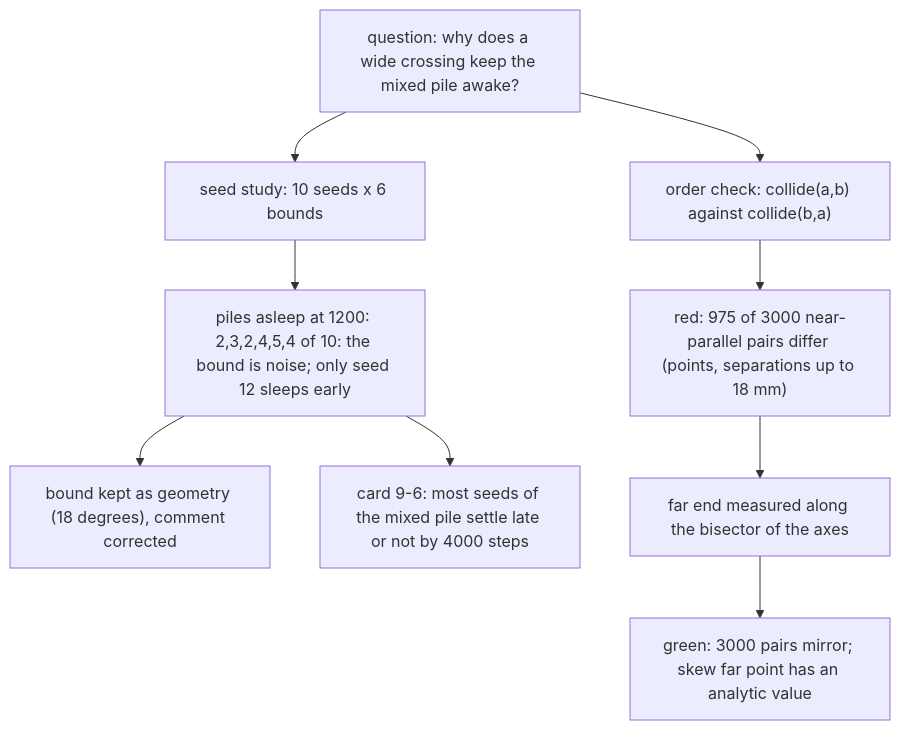
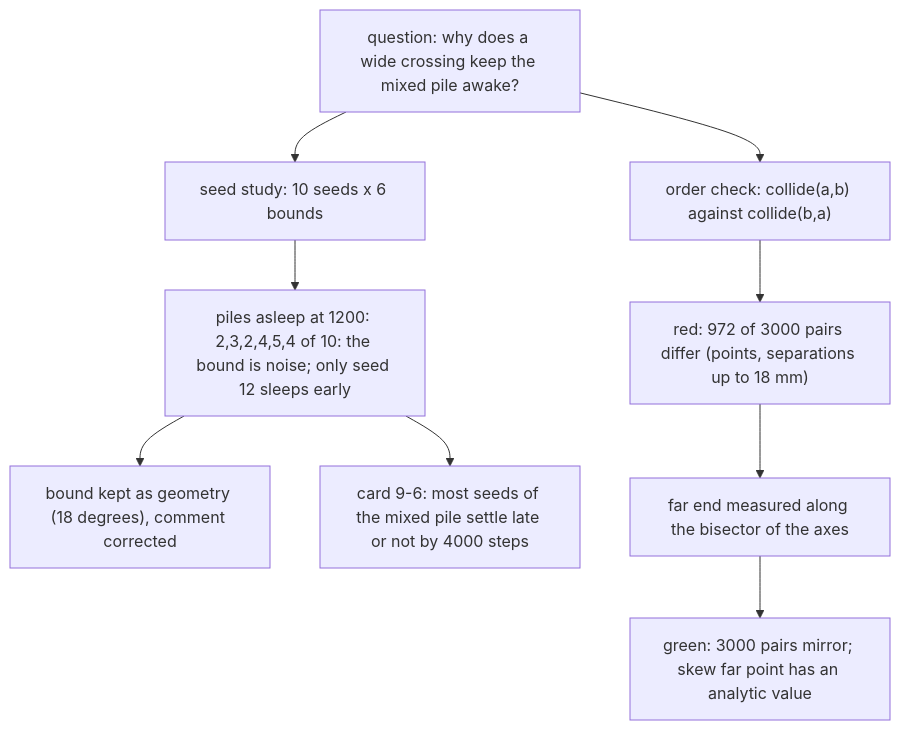
Before and after one commit to giamat90/DuckEngine: the diagram in reviews/8-90.md, drawn with Mermaid. The commit also changed other lines of this file and 3 other files, not shown here.

````diff
--- a/reviews/8-90.md
+++ b/reviews/8-90.md
@@ -5,11 +5,11 @@
 ```mermaid
 flowchart TD
   Q["question: why does a wide crossing keep the mixed pile awake?"] --> S["seed study: 10 seeds x 6 bounds"]
   S --> N["piles asleep at 1200: 2,3,2,4,5,4 of 10: the bound is noise; only seed 12 sleeps early"]
   N --> G["bound kept as geometry (18 degrees), comment corrected"]
   Q --> O["order check: collide(a,b) against collide(b,a)"]
-  O --> R["red: 975 of 3000 near-parallel pairs differ (points, separations up to 18 mm)"]
+  O --> R["red: 972 of 3000 pairs differ (points, separations up to 18 mm)"]
   R --> F["far end measured along the bisector of the axes"]
   F --> T["green: 3000 pairs mirror; skew far point has an analytic value"]
   N --> C["card 9-6: most seeds of the mixed pile settle late or not by 4000 steps"]
 ```
````
